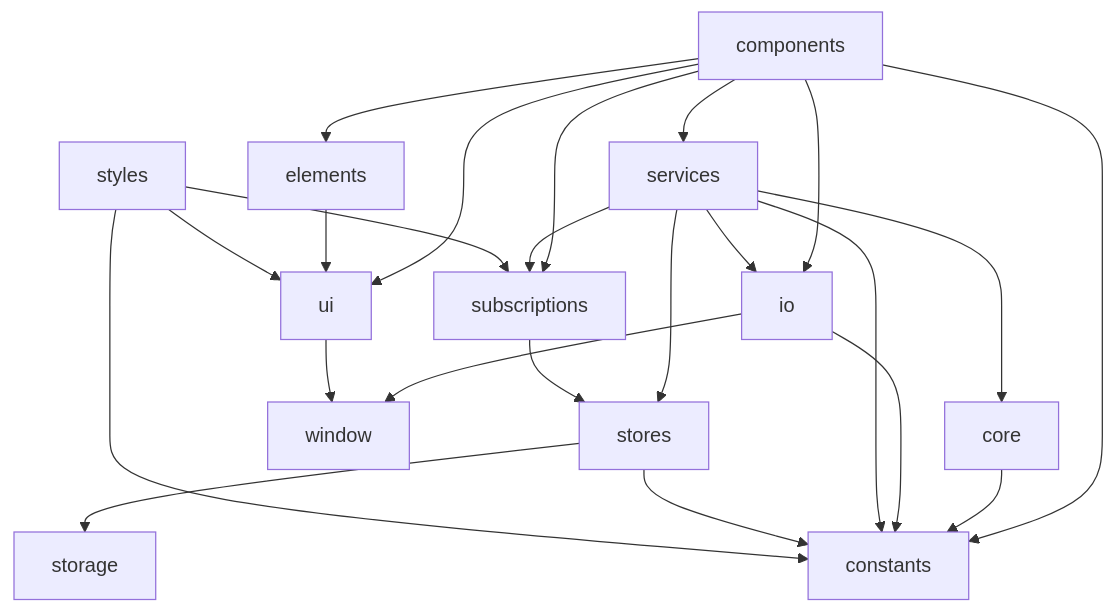
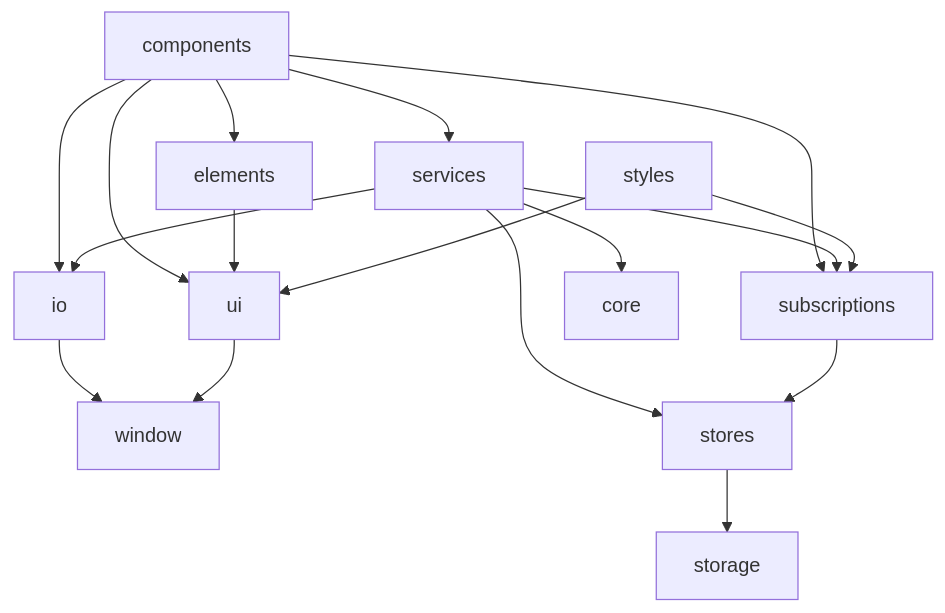
Before and after one commit to mattriley/agile-avatars: the diagram in README.md, drawn with Mermaid. The commit also changed other lines of this file and 3 other files, not shown here.

````diff
--- a/README.md
+++ b/README.md
@@ -304,25 +304,19 @@
 ```mermaid
 graph TD;
     components-->io;
     components-->ui;
     components-->elements;
     components-->services;
     components-->subscriptions;
-    components-->constants;
-    core-->constants;
     elements-->ui;
     io-->window;
-    io-->constants;
     services-->subscriptions;
     services-->stores;
     services-->core;
     services-->io;
-    services-->constants;
     stores-->storage;
-    stores-->constants;
     styles-->ui;
     styles-->subscriptions;
-    styles-->constants;
     subscriptions-->stores;
     ui-->window;
 ```
````
